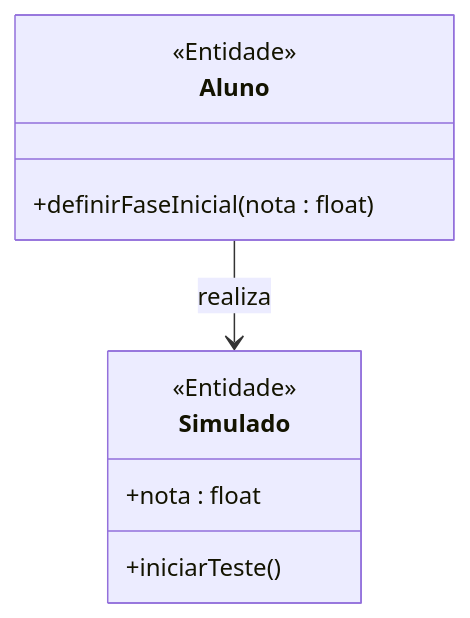
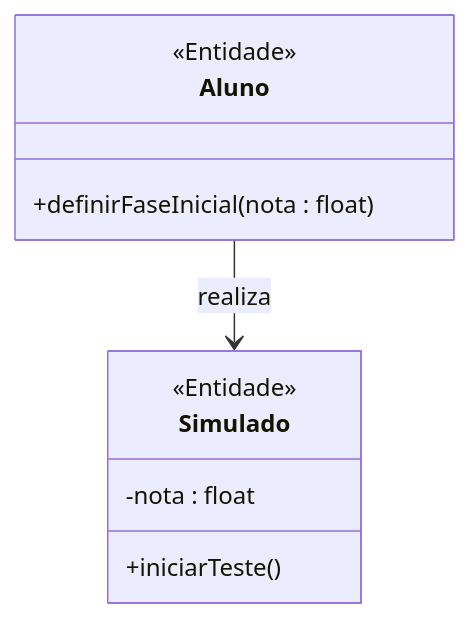
One commit to MayconDIS/PIM_III-Documentacao_UML changed the first of 2 diagrams in 02_Modelagem_UML_Astah/UC03_Realizar_Teste_Nivelamento/README.md. Above: the diagram before and after it, drawn with Mermaid. The commit also changed other lines of this file and 14 other files, not shown here.

Commit message:
docs(casos-uso): injeta fluxos normais e alternativos nos READMEs e atualiza mermaid

````diff
--- a/02_Modelagem_UML_Astah/UC03_Realizar_Teste_Nivelamento/README.md
+++ b/02_Modelagem_UML_Astah/UC03_Realizar_Teste_Nivelamento/README.md
@@ -42,13 +46,13 @@
 ```mermaid
 classDiagram
     class Aluno {
         <<Entidade>>
         +definirFaseInicial(nota : float)
     }
     class Simulado {
         <<Entidade>>
-        +nota : float
+        -nota : float
         +iniciarTeste()
     }
     Aluno --> Simulado : realiza
 ```
````
